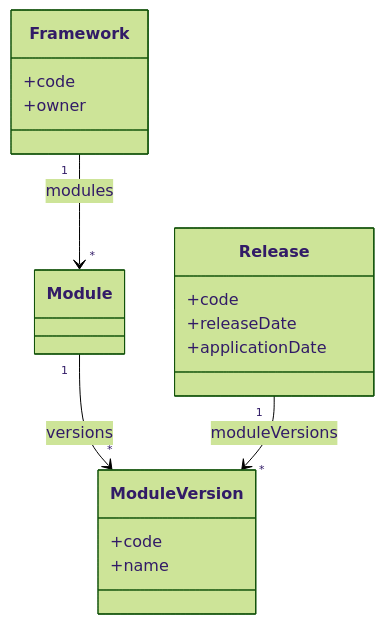
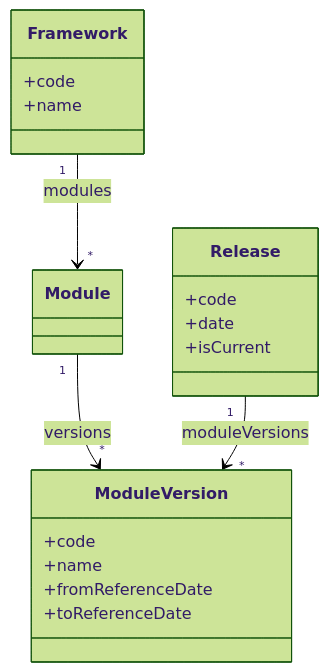
One commit to sdmx-twg/wp-sdmx-dpm changed diagram 12 of 12 in docs/models-relationships/02_data_definition/01_data_definition_overview.md. Above: the diagram before and after it, drawn with Mermaid (forest theme). The commit also changed other lines of this file and 1 other file, not shown here.

First line of the commit message:
docs: correct Release/Framework attributes and remove invented Module dependencies

````diff
--- a/docs/models-relationships/02_data_definition/01_data_definition_overview.md
+++ b/docs/models-relationships/02_data_definition/01_data_definition_overview.md
@@ -383,20 +379,22 @@
 ```mermaid
 classDiagram
     class Framework {
       +code
-      +owner
+      +name
     }
     class Module
     class ModuleVersion {
       +code
       +name
+      +fromReferenceDate
+      +toReferenceDate
     }
     class Release {
       +code
-      +releaseDate
-      +applicationDate
+      +date
+      +isCurrent
     }
     Framework "1" --> "*" Module : modules
     Module "1" --> "*" ModuleVersion : versions
     Release "1" --> "*" ModuleVersion : moduleVersions
 ```
````
